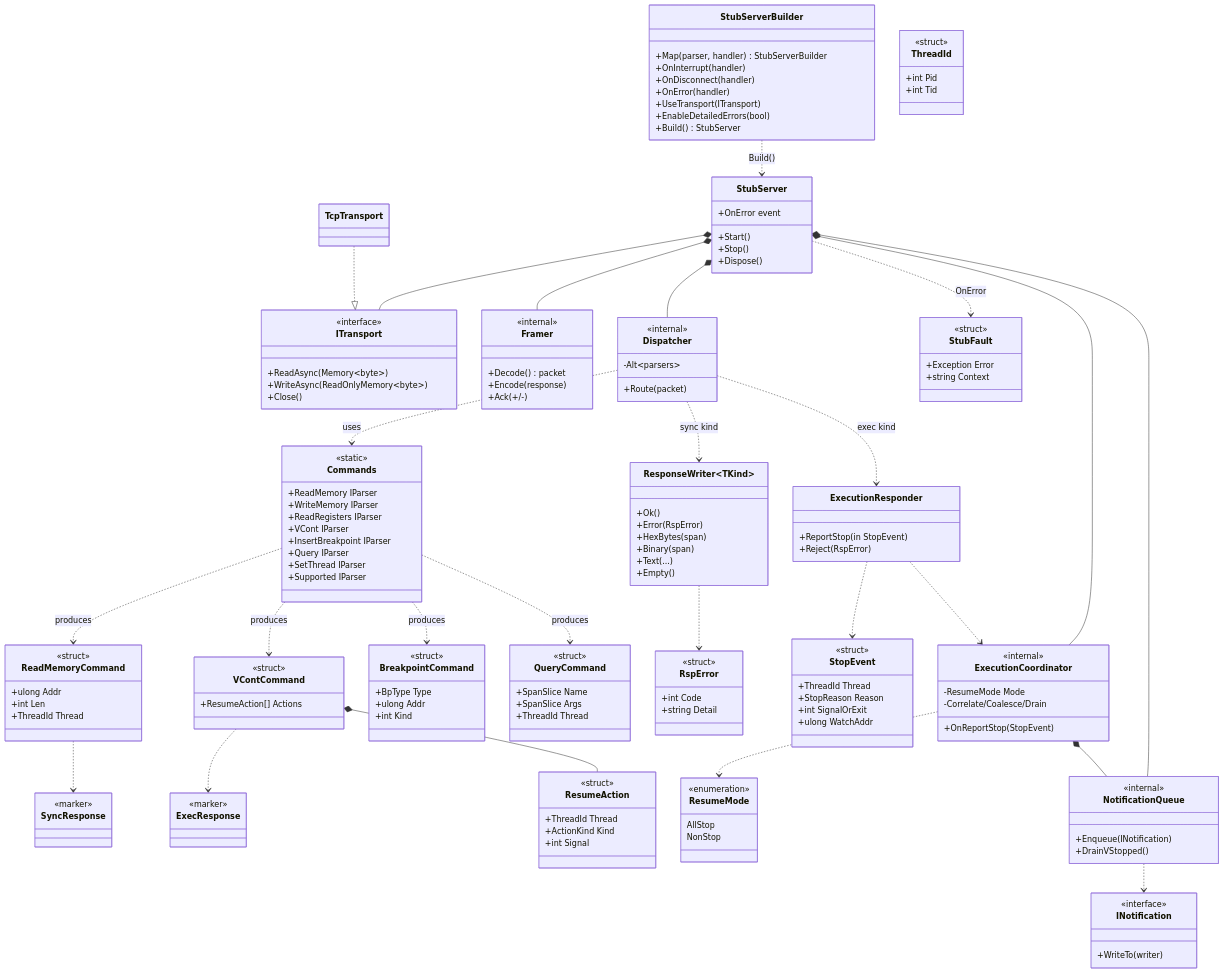
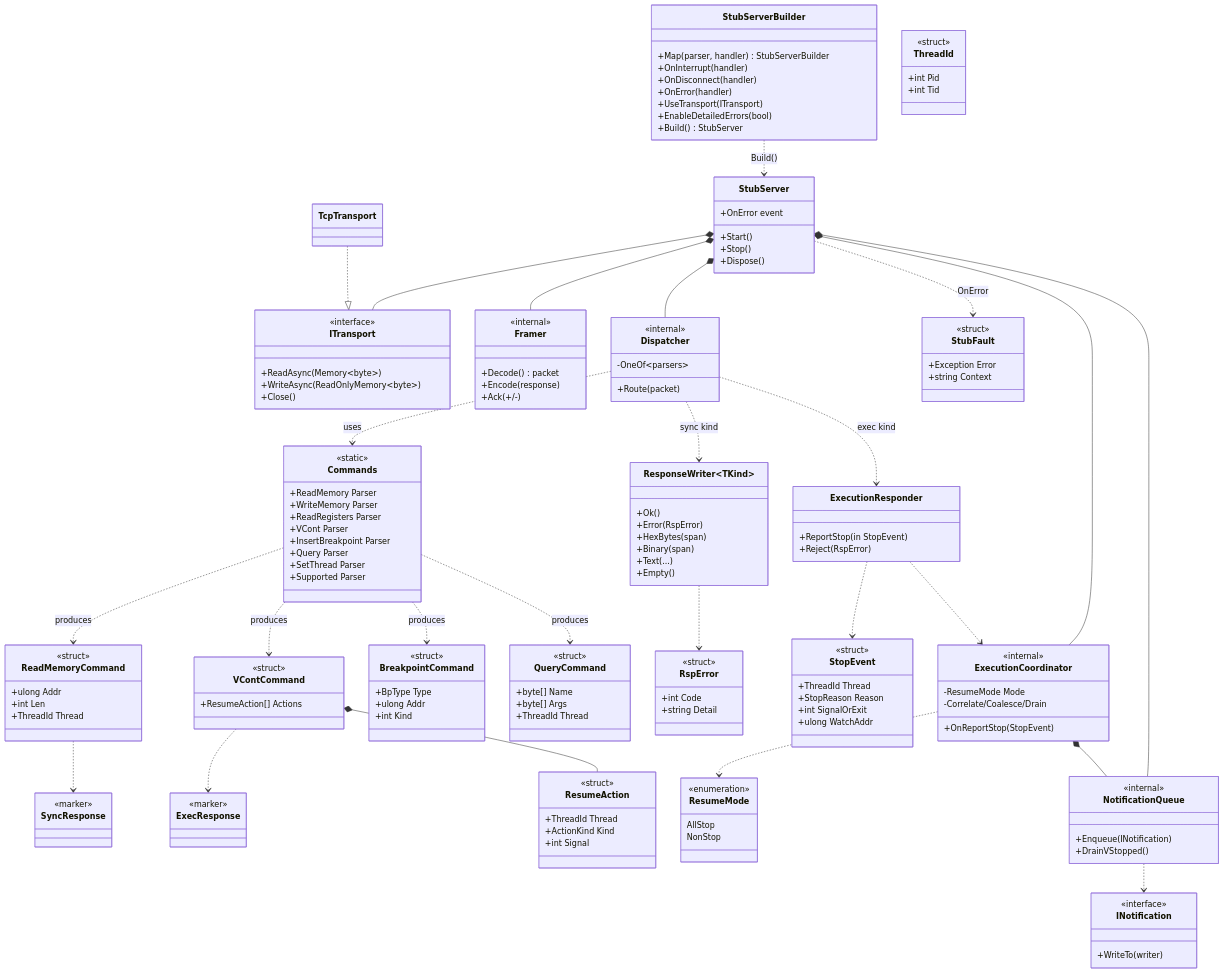
One commit to Sinsjr2/Arcavirt changed the diagram in doc/spec/GdbStubDotnet/GdbStubDotnet-spec.md. Above: the diagram before and after it, drawn with Mermaid. The commit also changed other lines of this file, not shown here.

```diff
--- a/doc/spec/GdbStubDotnet/GdbStubDotnet-spec.md
+++ b/doc/spec/GdbStubDotnet/GdbStubDotnet-spec.md
@@ -508,19 +508,19 @@
     class Dispatcher {
         <<internal>>
         +Route(packet)
-        -Alt~parsers~
+        -OneOf~parsers~
     }
 
     class Commands {
         <<static>>
-        +ReadMemory IParser
-        +WriteMemory IParser
-        +ReadRegisters IParser
-        +VCont IParser
-        +InsertBreakpoint IParser
-        +Query IParser
-        +SetThread IParser
-        +Supported IParser
+        +ReadMemory Parser
+        +WriteMemory Parser
+        +ReadRegisters Parser
+        +VCont Parser
+        +InsertBreakpoint Parser
+        +Query Parser
+        +SetThread Parser
+        +Supported Parser
     }
     class ReadMemoryCommand {
         <<struct>>
@@ -540,8 +540,8 @@
     }
     class QueryCommand {
         <<struct>>
-        +SpanSlice Name
-        +SpanSlice Args
+        +byte[] Name
+        +byte[] Args
         +ThreadId Thread
     }
 
```
